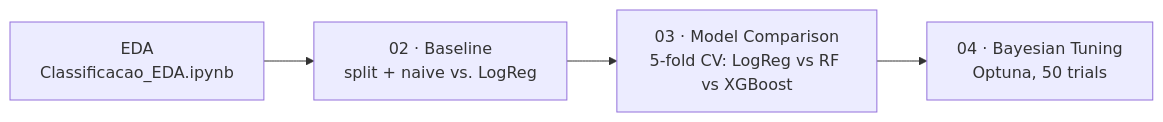
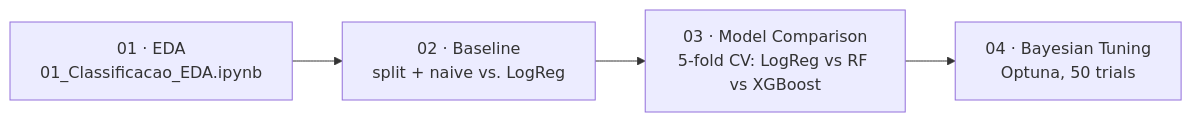
One commit to ejunior029/fatal-accident-prediction-br changed the diagram in README.md. Above: the diagram before and after it, drawn with Mermaid. The commit also changed other lines of this file and 2 other files, not shown here.

First line of the commit message:
Renomeia notebook de EDA para seguir a convencao de numeracao

````diff
--- a/README.md
+++ b/README.md
@@ -53,6 +53,6 @@
 ```mermaid
 flowchart LR
-    A["EDA\nClassificacao_EDA.ipynb"] --> B["02 · Baseline\nsplit + naive vs. LogReg"]
+    A["01 · EDA\n01_Classificacao_EDA.ipynb"] --> B["02 · Baseline\nsplit + naive vs. LogReg"]
     B --> C["03 · Model Comparison\n5-fold CV: LogReg vs RF vs XGBoost"]
     C --> D["04 · Bayesian Tuning\nOptuna, 50 trials"]
 ```
````
